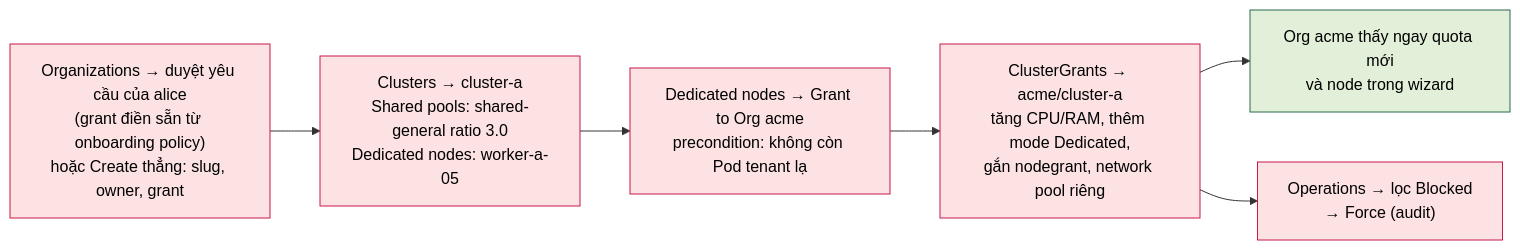
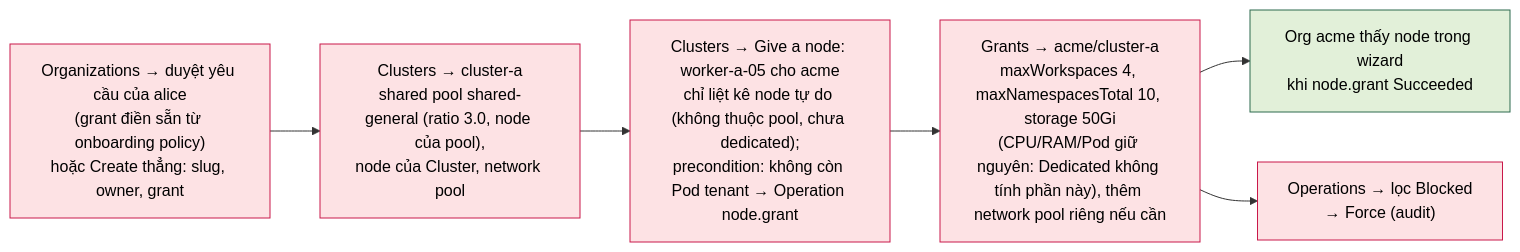
The sixth of 6 diagrams in docs/architecture/07-ux-wireflow.md (thaihoc1310/tenantry), drawn with Mermaid before and after one commit. The commit also changed other lines of this file and 14 other files, not shown here.

Commit message:
docs: full review of M0-M12 with org slugs without hyphens, one shared quota per Workspace, tenant RoleBinding and network admission policies, kube-proxy local detection by interface, in-app ownership transfer, missing endpoints, and demo numbers that fit the lab

````diff
--- a/docs/architecture/07-ux-wireflow.md
+++ b/docs/architecture/07-ux-wireflow.md
@@ -218,15 +221,15 @@
 ```mermaid
 flowchart LR
   classDef a fill:#fde2e4,stroke:#c9184a,color:#000
   classDef e fill:#e2f0d9,stroke:#2d6a4f,color:#000
 
   A1["Organizations → duyệt yêu cầu của alice<br/>(grant điền sẵn từ onboarding policy)<br/>hoặc Create thẳng: slug, owner, grant"]:::a
-  A2["Clusters → cluster-a<br/>Shared pools: shared-general ratio 3.0<br/>Dedicated nodes: worker-a-05"]:::a
-  A3["Dedicated nodes → Grant to Org acme<br/>precondition: không còn Pod tenant lạ"]:::a
-  A4["ClusterGrants → acme/cluster-a<br/>tăng CPU/RAM, thêm mode Dedicated,<br/>gắn nodegrant, network pool riêng"]:::a
-  A5["Org acme thấy ngay quota mới<br/>và node trong wizard"]:::e
+  A2["Clusters → cluster-a<br/>shared pool shared-general (ratio 3.0, node của pool),<br/>node của Cluster, network pool"]:::a
+  A3["Clusters → Give a node: worker-a-05 cho acme<br/>chỉ liệt kê node tự do (không thuộc pool, chưa dedicated);<br/>precondition: không còn Pod tenant → Operation node.grant"]:::a
+  A4["Grants → acme/cluster-a<br/>maxWorkspaces 4, maxNamespacesTotal 10, storage 50Gi<br/>(CPU/RAM/Pod giữ nguyên: Dedicated không tính phần này), thêm network pool riêng nếu cần"]:::a
+  A5["Org acme thấy node trong wizard<br/>khi node.grant Succeeded"]:::e
   A6["Operations → lọc Blocked<br/>→ Force (audit)"]:::a
 
   A1 --> A2 --> A3 --> A4 --> A5
   A4 --> A6
 ```
````
